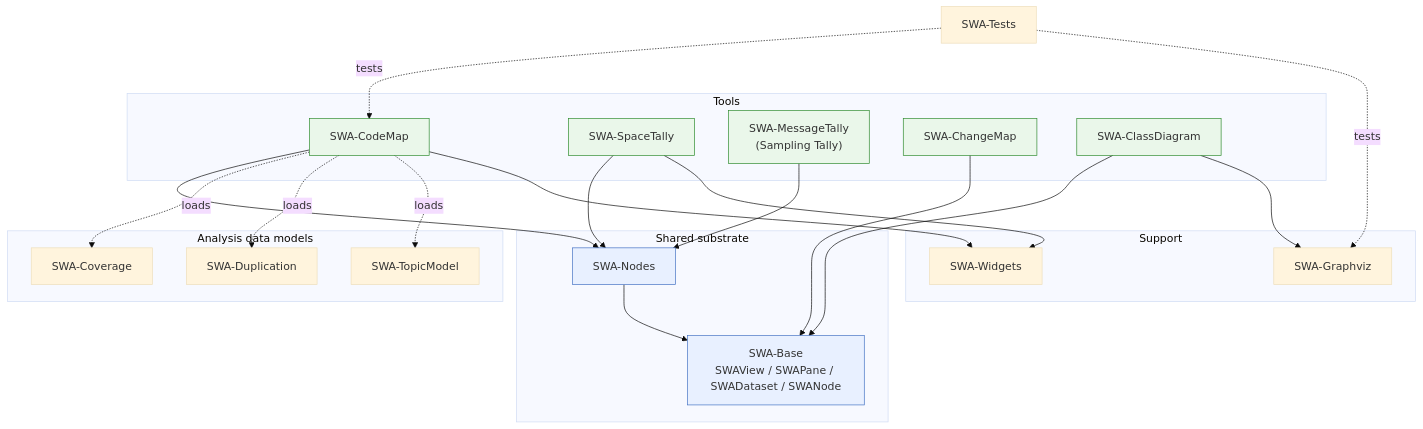
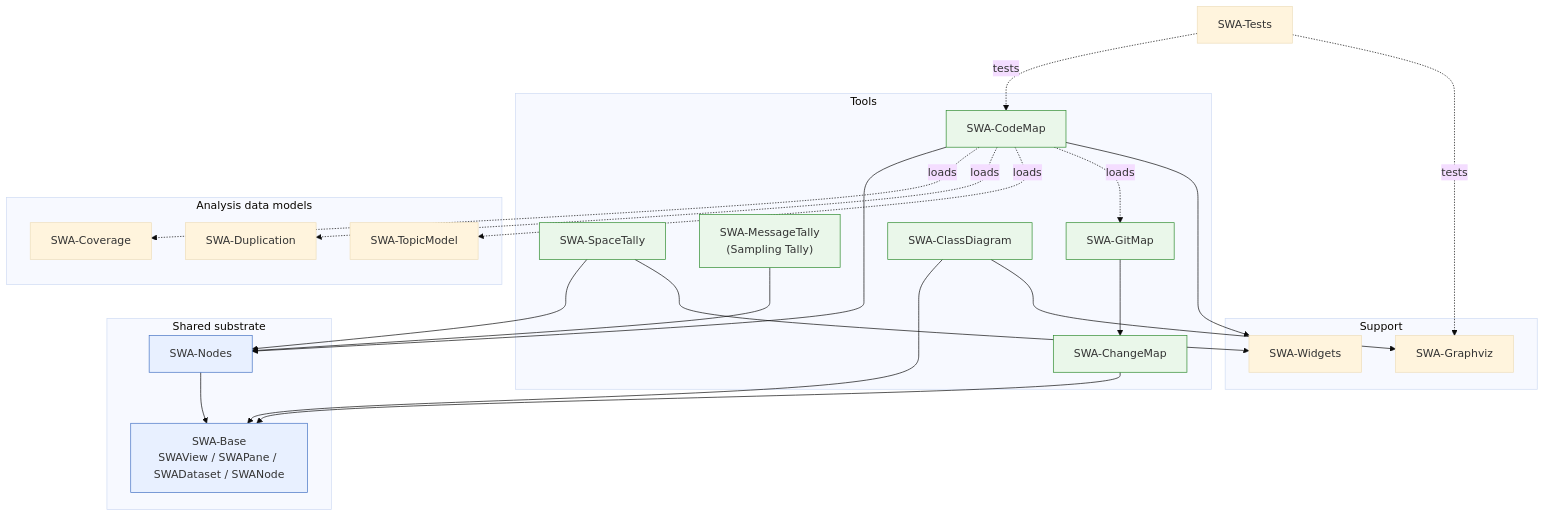
One commit to hpi-swa-lab/squeak-object-space-tally changed the first of 2 diagrams in doc/packages.md. Above: the diagram before and after it, drawn with Mermaid (base theme). The commit also changed other lines of this file and 8 other files, not shown here.

````diff
--- a/doc/packages.md
+++ b/doc/packages.md
@@ -34,52 +35,55 @@
 ```mermaid
 graph TD
     subgraph tools["Tools"]
         CodeMap["SWA-CodeMap"]
         SpaceTally["SWA-SpaceTally"]
         MsgTally["SWA-MessageTally<br/>(Sampling Tally)"]
         ChangeMap["SWA-ChangeMap"]
+        GitMap["SWA-GitMap"]
         ClassDiagram["SWA-ClassDiagram"]
     end
 
     subgraph data["Analysis data models"]
         Coverage["SWA-Coverage"]
         Duplication["SWA-Duplication"]
         TopicModel["SWA-TopicModel"]
     end
 
     subgraph support["Support"]
         Graphviz["SWA-Graphviz"]
         Widgets["SWA-Widgets"]
     end
 
     subgraph substrate["Shared substrate"]
         Nodes["SWA-Nodes"]
         Base["SWA-Base<br/>SWAView / SWAPane / SWADataset / SWANode"]
     end
 
     Tests["SWA-Tests"]
 
     CodeMap --> Nodes
     SpaceTally --> Nodes
     MsgTally --> Nodes
     ChangeMap --> Base
+    GitMap --> ChangeMap
     ClassDiagram --> Base
 
     Nodes --> Base
 
     CodeMap -.loads.-> Coverage
     CodeMap -.loads.-> Duplication
     CodeMap -.loads.-> TopicModel
+    CodeMap -.loads.-> GitMap
     ClassDiagram --> Graphviz
 
     CodeMap --> Widgets
     SpaceTally --> Widgets
 
     Tests -.tests.-> CodeMap
     Tests -.tests.-> Graphviz
 
     classDef sub fill:#e8f0ff,stroke:#4472c4;
     classDef tool fill:#eaf7ea,stroke:#2e8b2e;
     class Base,Nodes sub;
-    class CodeMap,SpaceTally,MsgTally,ChangeMap,ClassDiagram tool;
+    class CodeMap,SpaceTally,MsgTally,ChangeMap,GitMap,ClassDiagram tool;
 ```
````
